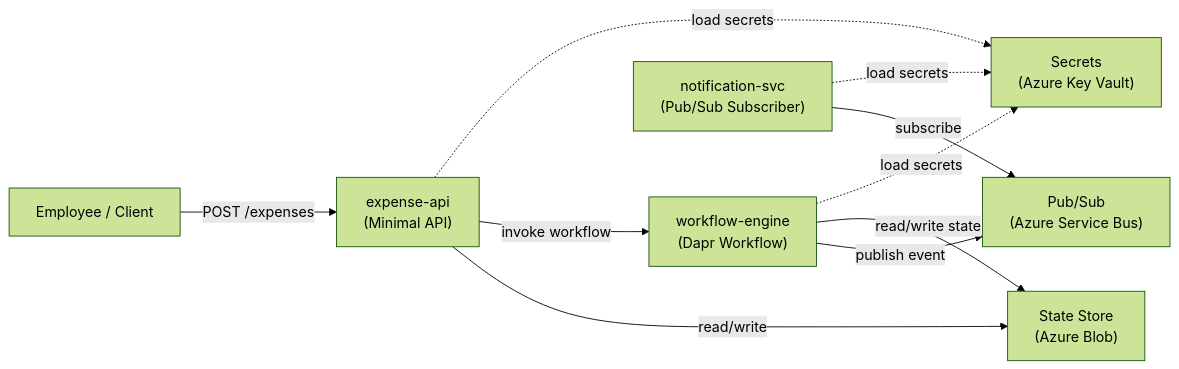
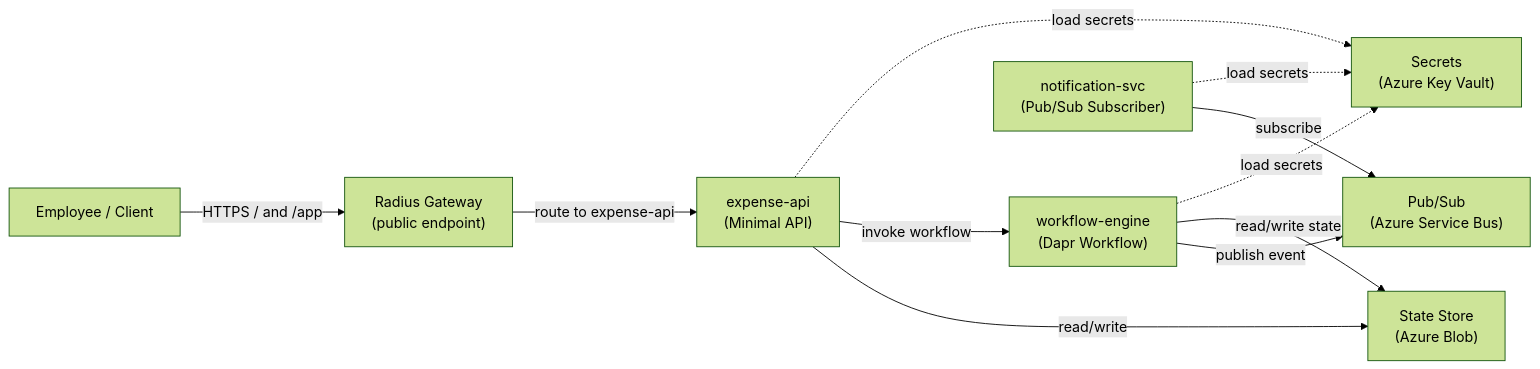
The diagram in README.md (wesback/RadiusClaim), drawn with Mermaid (forest theme) before and after one commit. The commit also changed other lines of this file and 6 other files, not shown here.

Commit message:
Expose expense-api publicly through Radius gateway

````diff
--- a/README.md
+++ b/README.md
@@ -115,24 +118,26 @@
 ```mermaid
 graph LR
     Client["Employee / Client"]
+    Gateway["Radius Gateway<br/>(public endpoint)"]
     API["expense-api<br/>(Minimal API)"]
     WF["workflow-engine<br/>(Dapr Workflow)"]
     NOTIF["notification-svc<br/>(Pub/Sub Subscriber)"]
     
     State["State Store<br/>(Azure Blob)"]
     PubSub["Pub/Sub<br/>(Azure Service Bus)"]
     Secrets["Secrets<br/>(Azure Key Vault)"]
     
-    Client -->|POST /expenses| API
+    Client -->|HTTPS / and /app| Gateway
+    Gateway -->|route to expense-api| API
     API -->|read/write| State
     API -->|invoke workflow| WF
     
     WF -->|publish event| PubSub
     WF -->|read/write state| State
     
     NOTIF -->|subscribe| PubSub
     
     API -.->|load secrets| Secrets
     WF -.->|load secrets| Secrets
     NOTIF -.->|load secrets| Secrets
 ```
````
